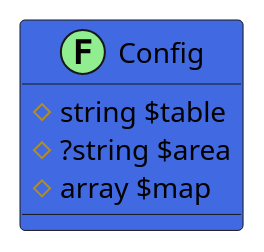
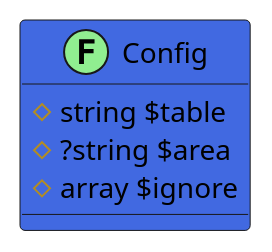
One commit to joomengine/jcb-packager changed the diagram in src/3745cb2f-d6d3-473d-b33c-78f1f74b0bec/README.md. Above: the diagram before and after it, drawn with PlantUML. The commit also changed other lines of this file and 498 other files, not shown here.

````diff
--- a/src/3745cb2f-d6d3-473d-b33c-78f1f74b0bec/README.md
+++ b/src/3745cb2f-d6d3-473d-b33c-78f1f74b0bec/README.md
@@ -13,10 +6,11 @@
 ```uml
 @startuml
+
 class Config << (F,LightGreen) >> #RoyalBlue {
   # string $table
   # ?string $area
-  # array $map
+  # array $ignore
 }
- 
+
 @enduml
 ```
````
